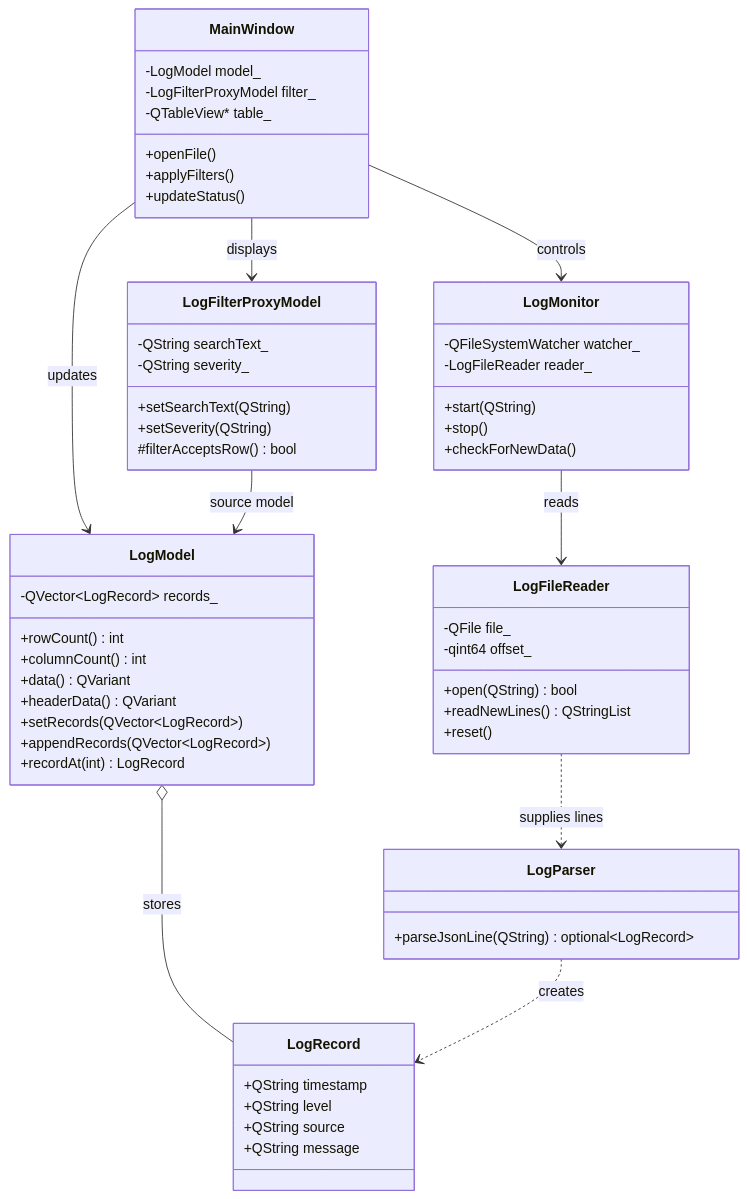
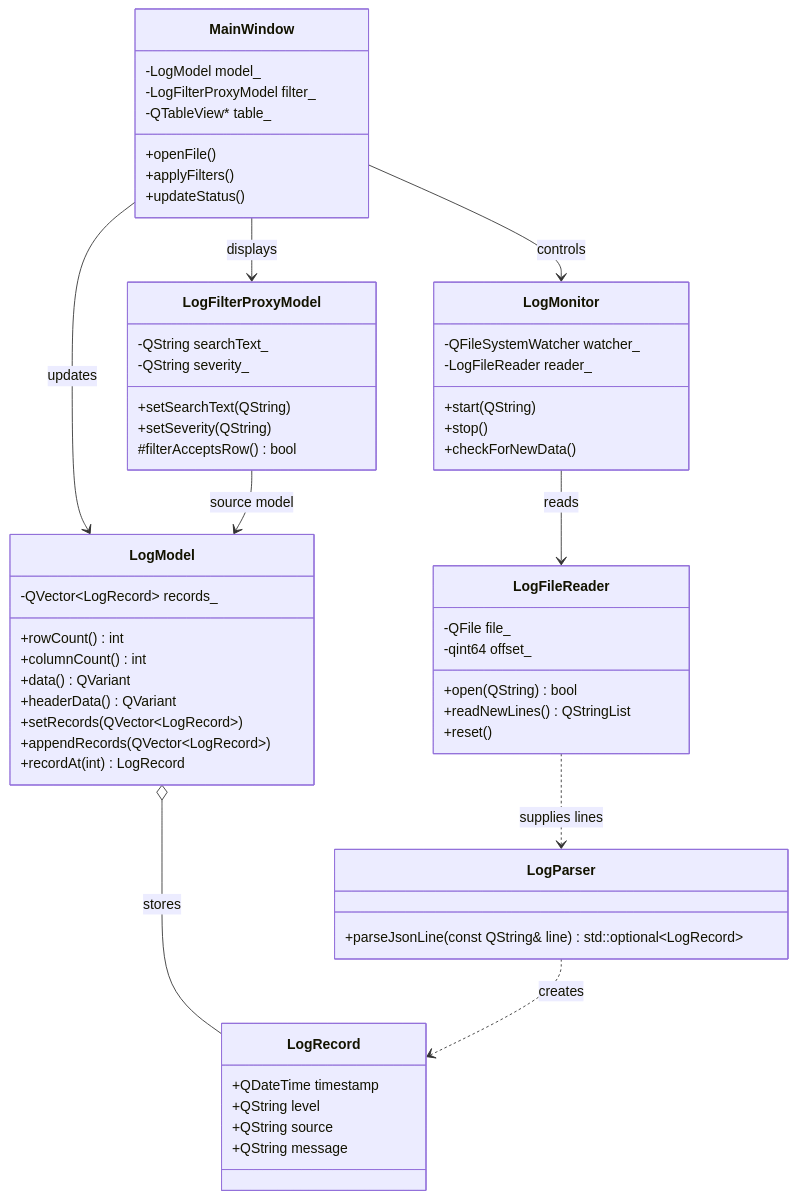
The diagram in doc/class-diagram.md (mahtab04/LogScope), drawn with Mermaid before and after one commit. The commit also changed other lines of this file and 10 other files, not shown here.

````diff
--- a/doc/class-diagram.md
+++ b/doc/class-diagram.md
@@ -5,66 +5,66 @@
 ```mermaid
 classDiagram
     class MainWindow {
         -LogModel model_
         -LogFilterProxyModel filter_
         -QTableView* table_
         +openFile()
         +applyFilters()
         +updateStatus()
     }
 
     class LogFilterProxyModel {
         -QString searchText_
         -QString severity_
         +setSearchText(QString)
         +setSeverity(QString)
         #filterAcceptsRow() bool
     }
 
     class LogMonitor {
         -QFileSystemWatcher watcher_
         -LogFileReader reader_
         +start(QString)
         +stop()
         +checkForNewData()
     }
 
     class LogModel {
         -QVector~LogRecord~ records_
         +rowCount() int
         +columnCount() int
         +data() QVariant
         +headerData() QVariant
         +setRecords(QVector~LogRecord~)
         +appendRecords(QVector~LogRecord~)
         +recordAt(int) LogRecord
     }
 
     class LogFileReader {
         -QFile file_
         -qint64 offset_
         +open(QString) bool
         +readNewLines() QStringList
         +reset()
     }
 
     class LogParser {
-        +parseJsonLine(QString) optional~LogRecord~
+        +parseJsonLine(const QString& line) std::optional~LogRecord~
     }
 
     class LogRecord {
-        +QString timestamp
+        +QDateTime timestamp
         +QString level
         +QString source
         +QString message
     }
 
     MainWindow --> LogFilterProxyModel : displays
     MainWindow --> LogModel : updates
     MainWindow --> LogMonitor : controls
     LogFilterProxyModel --> LogModel : source model
     LogMonitor --> LogFileReader : reads
     LogModel o-- LogRecord : stores
     LogFileReader ..> LogParser : supplies lines
     LogParser ..> LogRecord : creates
 ```
````
